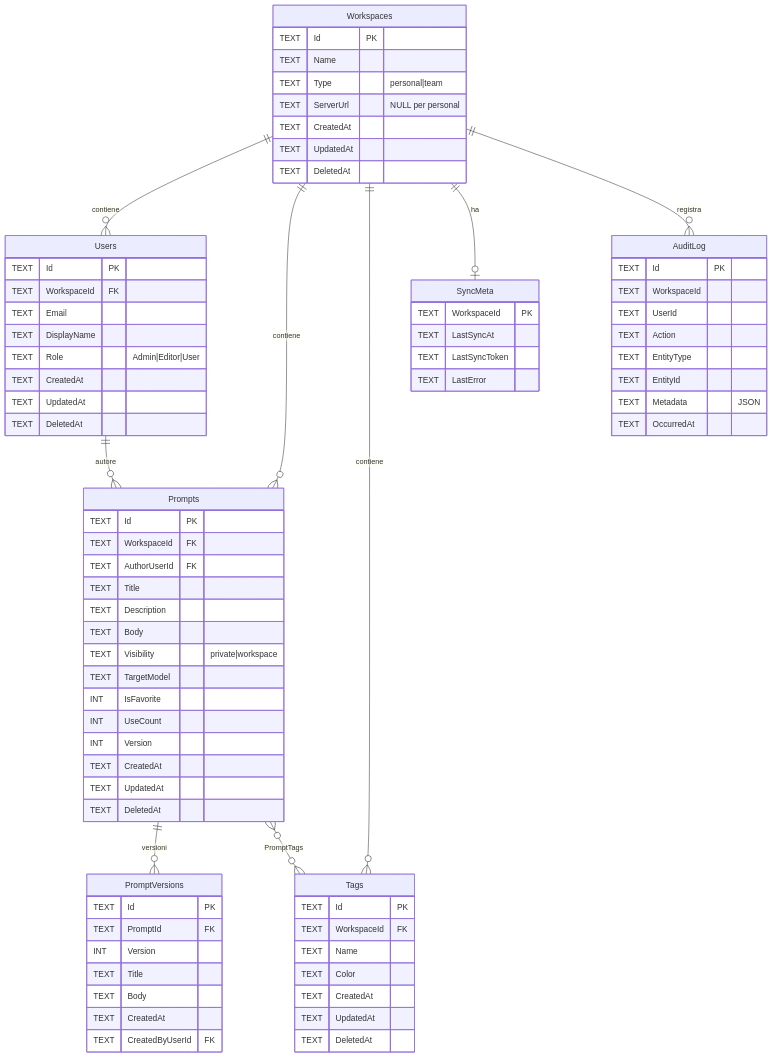
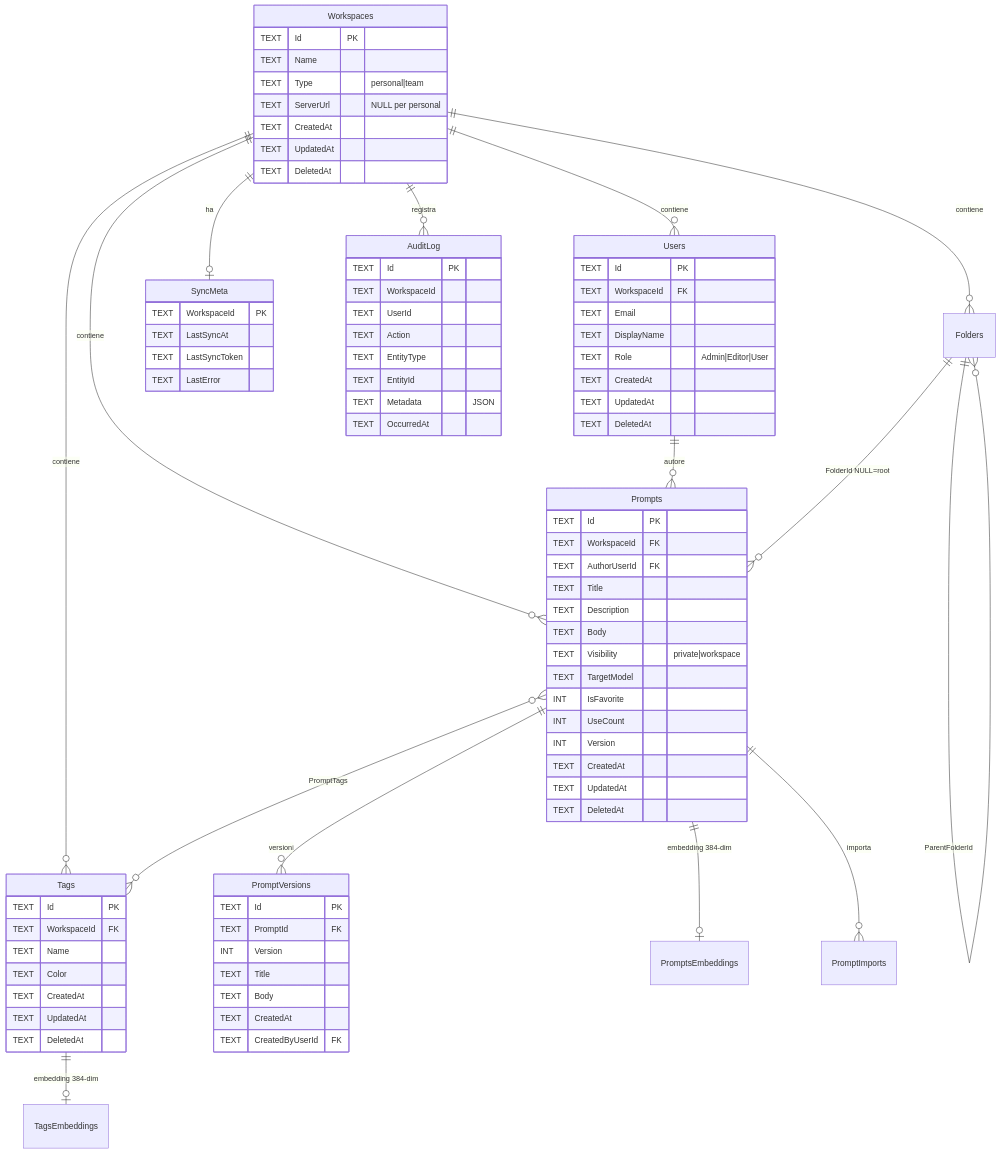
The diagram in docs/architettura/schema-dati.md (robertomarchioro/prompt-a-porter), drawn with Mermaid before and after one commit. The commit also changed other lines of this file and 8 other files, not shown here.

First line of the commit message:
docs(fase-3): chiusura Step 11 - 4 nuovi doc utente + schema/overview + CHANGELOG v0.3.0

```diff
--- a/docs/architettura/schema-dati.md
+++ b/docs/architettura/schema-dati.md
@@ -53,10 +53,16 @@
     Workspaces ||--o{ Users : contiene
     Workspaces ||--o{ Prompts : contiene
     Workspaces ||--o{ Tags : contiene
+    Workspaces ||--o{ Folders : contiene
     Workspaces ||--o| SyncMeta : ha
     Users ||--o{ Prompts : autore
     Prompts ||--o{ PromptVersions : versioni
     Prompts }o--o{ Tags : PromptTags
+    Prompts ||--o| PromptsEmbeddings : "embedding 384-dim"
+    Tags ||--o| TagsEmbeddings : "embedding 384-dim"
+    Folders ||--o{ Folders : "ParentFolderId"
+    Folders ||--o{ Prompts : "FolderId NULL=root"
+    Prompts ||--o{ PromptImports : importa
     Workspaces ||--o{ AuditLog : registra
 
     Workspaces {
```
